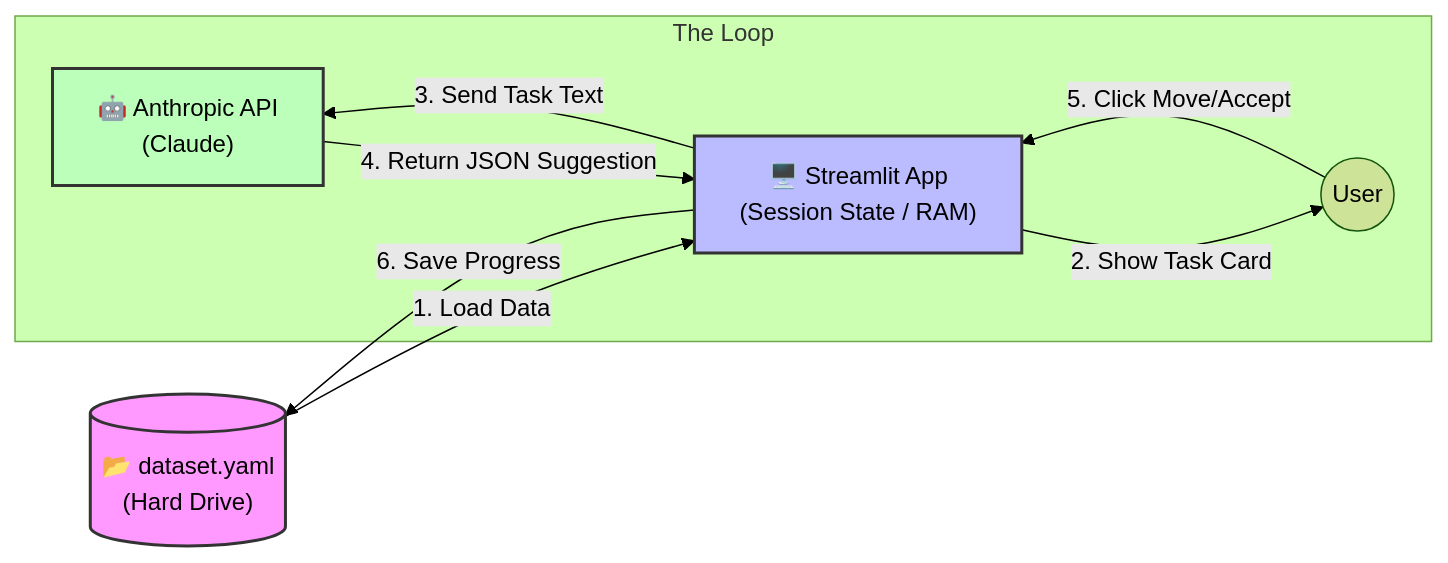
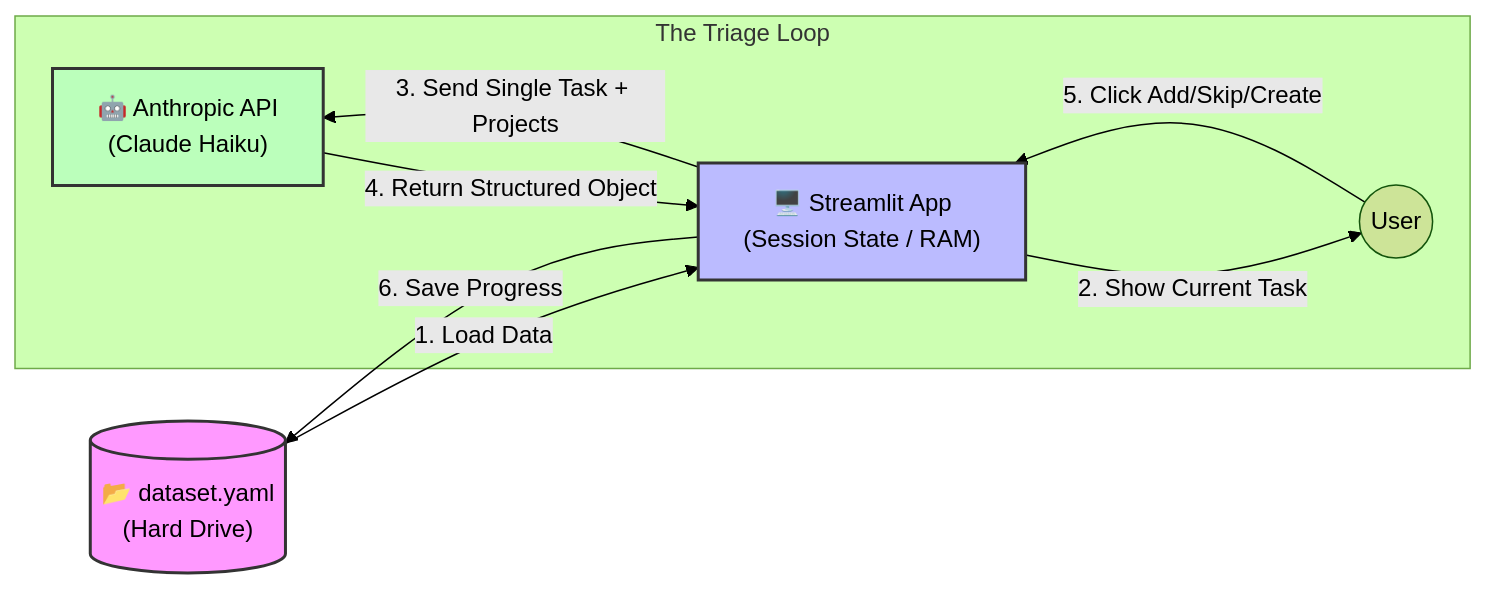
Before and after one commit to m1981/task_classifier_rd: the first of 4 diagrams in doc/usage.md, drawn with Mermaid (forest theme). The commit also changed other lines of this file and 16 other files, not shown here.

````diff
--- a/doc/usage.md
+++ b/doc/usage.md
@@ -1,25 +1,25 @@
 ```mermaid
 graph RL
     %% Nodes
     User((User))
     YAML[("📂 dataset.yaml\n(Hard Drive)")]
     App["🖥️ Streamlit App\n(Session State / RAM)"]
-    AI["🤖 Anthropic API\n(Claude)"]
+    AI["🤖 Anthropic API\n(Claude Haiku)"]
     
     %% Flow
     YAML -- "1. Load Data" --> App
-    App -- "2. Show Task Card" --> User
+    App -- "2. Show Current Task" --> User
     
-    subgraph "The Loop"
-        App -- "3. Send Task Text" --> AI
-        AI -- "4. Return JSON Suggestion" --> App
-        User -- "5. Click Move/Accept" --> App
+    subgraph "The Triage Loop"
+        App -- "3. Send Single Task + Projects" --> AI
+        AI -- "4. Return Structured Object" --> App
+        User -- "5. Click Add/Skip/Create" --> App
     end
     
     App -- "6. Save Progress" --> YAML
 
     %% Styling
     style YAML fill:#f9f,stroke:#333,stroke-width:2px
     style App fill:#bbf,stroke:#333,stroke-width:2px
     style AI fill:#bfb,stroke:#333,stroke-width:2px
 ```
````
